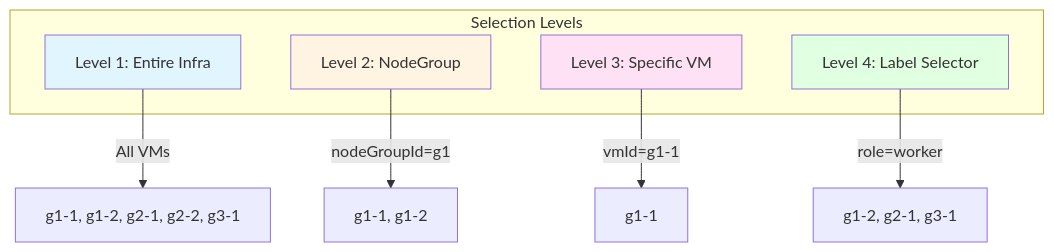
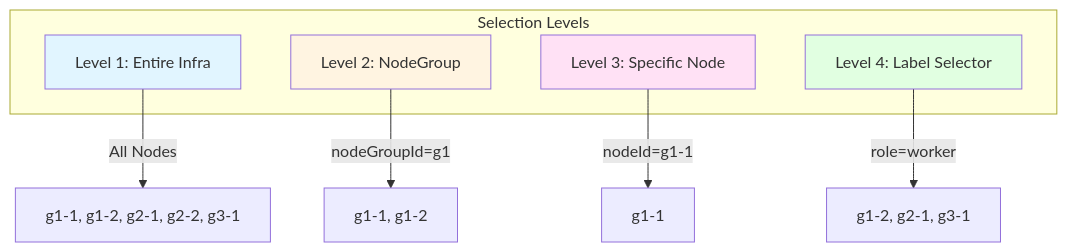
Before and after one commit to cloud-barista/cb-tumblebug: the first of 8 diagrams in docs/feature_guide/remote-command-and-file-transfer.md, drawn with Mermaid. The commit also changed other lines of this file and 81 other files, not shown here.

````diff
--- a/docs/feature_guide/remote-command-and-file-transfer.md
+++ b/docs/feature_guide/remote-command-and-file-transfer.md
@@ -48,19 +48,19 @@
 ```mermaid
 graph TB
     subgraph "Selection Levels"
         L1[Level 1: Entire Infra]
         L2[Level 2: NodeGroup]
-        L3[Level 3: Specific VM]
+        L3[Level 3: Specific Node]
         L4[Level 4: Label Selector]
     end
     
-    L1 --> |"All VMs"| ALL[g1-1, g1-2, g2-1, g2-2, g3-1]
+    L1 --> |"All Nodes"| ALL[g1-1, g1-2, g2-1, g2-2, g3-1]
     L2 --> |"nodeGroupId=g1"| SG[g1-1, g1-2]
-    L3 --> |"vmId=g1-1"| VM[g1-1]
+    L3 --> |"nodeId=g1-1"| ND[g1-1]
     L4 --> |"role=worker"| LBL[g1-2, g2-1, g3-1]
     
     style L1 fill:#e1f5ff
     style L2 fill:#fff4e1
     style L3 fill:#ffe1f5
     style L4 fill:#e1ffe1
 ```
````
